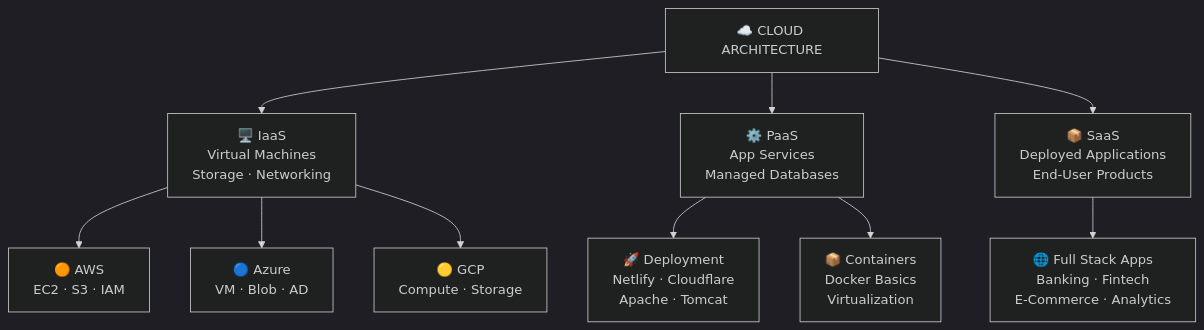
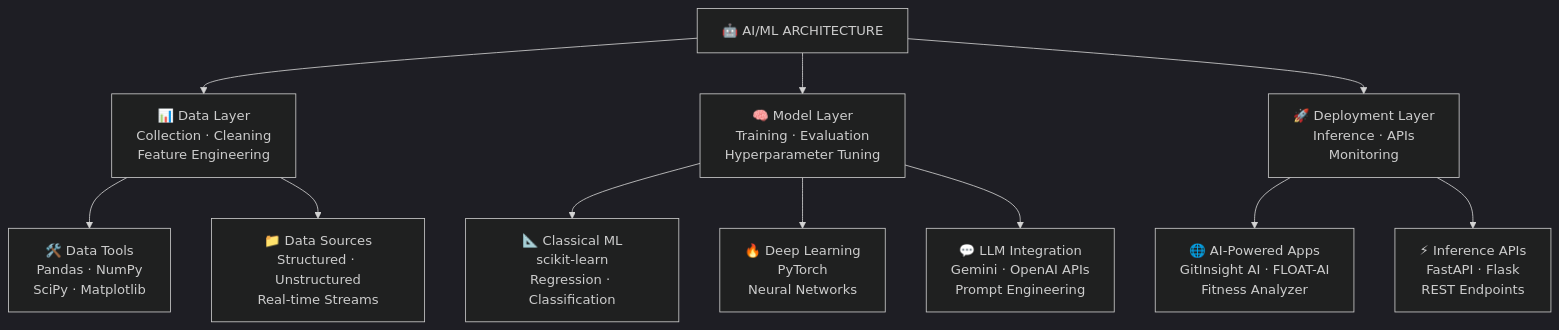
The fifth of 7 diagrams in README.md (COZYkrish/COZYkrish), drawn with Mermaid before and after one commit. The commit also changed other lines of this file, not shown here.

First line of the commit message:
Revise README for AI/ML Engineering content

````diff
--- a/README.md
+++ b/README.md
@@ -300,16 +299,17 @@
 ```mermaid
 %%{init: {'theme': 'dark'}}%%
 graph TB
-    CLOUD["☁️ CLOUD ARCHITECTURE"] --> IaaS["🖥️ IaaS<br/>Virtual Machines<br/>Storage · Networking"]
-    CLOUD --> PaaS["⚙️ PaaS<br/>App Services<br/>Managed Databases"]
-    CLOUD --> SaaS["📦 SaaS<br/>Deployed Applications<br/>End-User Products"]
+    AI["🤖 AI/ML ARCHITECTURE"] --> DATA["📊 Data Layer<br/>Collection · Cleaning<br/>Feature Engineering"]
+    AI --> MODEL["🧠 Model Layer<br/>Training · Evaluation<br/>Hyperparameter Tuning"]
+    AI --> DEPLOY["🚀 Deployment Layer<br/>Inference · APIs<br/>Monitoring"]
 
-    IaaS --> AWS["🟠 AWS<br/>EC2 · S3 · IAM"]
-    IaaS --> AZURE["🔵 Azure<br/>VM · Blob · AD"]
-    IaaS --> GCP["🟡 GCP<br/>Compute · Storage"]
+    DATA --> TOOLS["🛠️ Data Tools<br/>Pandas · NumPy<br/>SciPy · Matplotlib"]
+    DATA --> SOURCES["📁 Data Sources<br/>Structured · Unstructured<br/>Real-time Streams"]
 
-    PaaS --> DEPLOY["🚀 Deployment<br/>Netlify · Cloudflare<br/>Apache · Tomcat"]
-    PaaS --> CONTAINER["📦 Containers<br/>Docker Basics<br/>Virtualization"]
+    MODEL --> CLASSICAL["📐 Classical ML<br/>scikit-learn<br/>Regression · Classification"]
+    MODEL --> DEEP["🔥 Deep Learning<br/>PyTorch<br/>Neural Networks"]
+    MODEL --> LLM["💬 LLM Integration<br/>Gemini · OpenAI APIs<br/>Prompt Engineering"]
 
-    SaaS --> APPS["🌐 Full Stack Apps<br/>Banking · Fintech<br/>E-Commerce · Analytics"]
+    DEPLOY --> APPS["🌐 AI-Powered Apps<br/>GitInsight AI · FLOAT-AI<br/>Fitness Analyzer"]
+    DEPLOY --> API["⚡ Inference APIs<br/>FastAPI · Flask<br/>REST Endpoints"]
 ```
````
